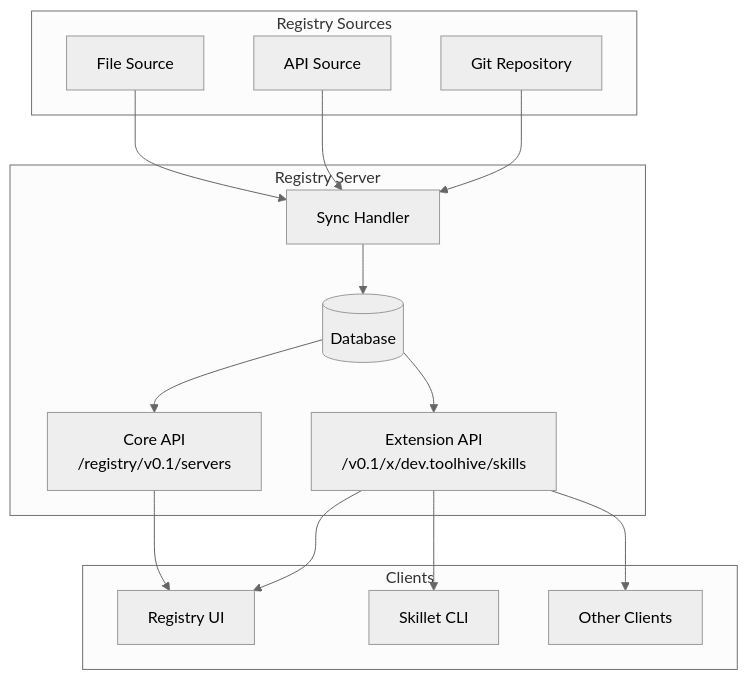
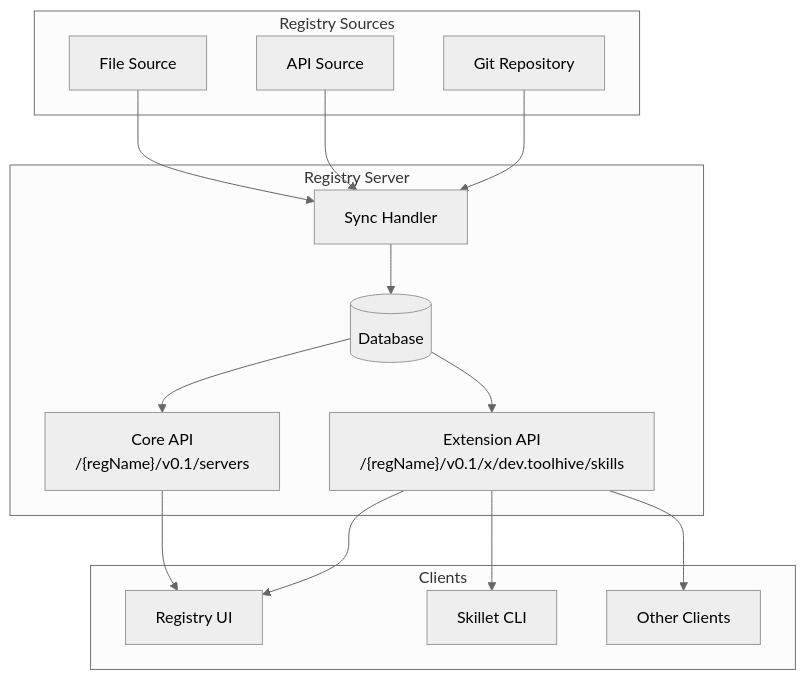
One commit to stacklok/toolhive-rfcs changed the diagram in rfcs/THV-0029-skills-support-registry-server.md. Above: the diagram before and after it, drawn with Mermaid (neutral theme). The commit also changed other lines of this file, not shown here.

First line of the commit message:
Address PR feedback: registry-scoped endpoints and flexible versioning

````diff
--- a/rfcs/THV-0029-skills-support-registry-server.md
+++ b/rfcs/THV-0029-skills-support-registry-server.md
@@ -56,32 +56,32 @@
 ```mermaid
 flowchart TB
     subgraph Sources["Registry Sources"]
         Git["Git Repository"]
         API["API Source"]
         File["File Source"]
     end
 
     subgraph Registry["Registry Server"]
         Sync["Sync Handler"]
         DB[(Database)]
-        ExtAPI["Extension API<br/>/v0.1/x/dev.toolhive/skills"]
-        CoreAPI["Core API<br/>/registry/v0.1/servers"]
+        ExtAPI["Extension API<br/>/{regName}/v0.1/x/dev.toolhive/skills"]
+        CoreAPI["Core API<br/>/{regName}/v0.1/servers"]
     end
 
     subgraph Clients["Clients"]
         UI["Registry UI"]
         CLI["Skillet CLI"]
         Other["Other Clients"]
     end
 
     Git --> Sync
     API --> Sync
     File --> Sync
     Sync --> DB
     DB --> ExtAPI
     DB --> CoreAPI
     ExtAPI --> UI
     ExtAPI --> CLI
     ExtAPI --> Other
     CoreAPI --> UI
 ```
````
